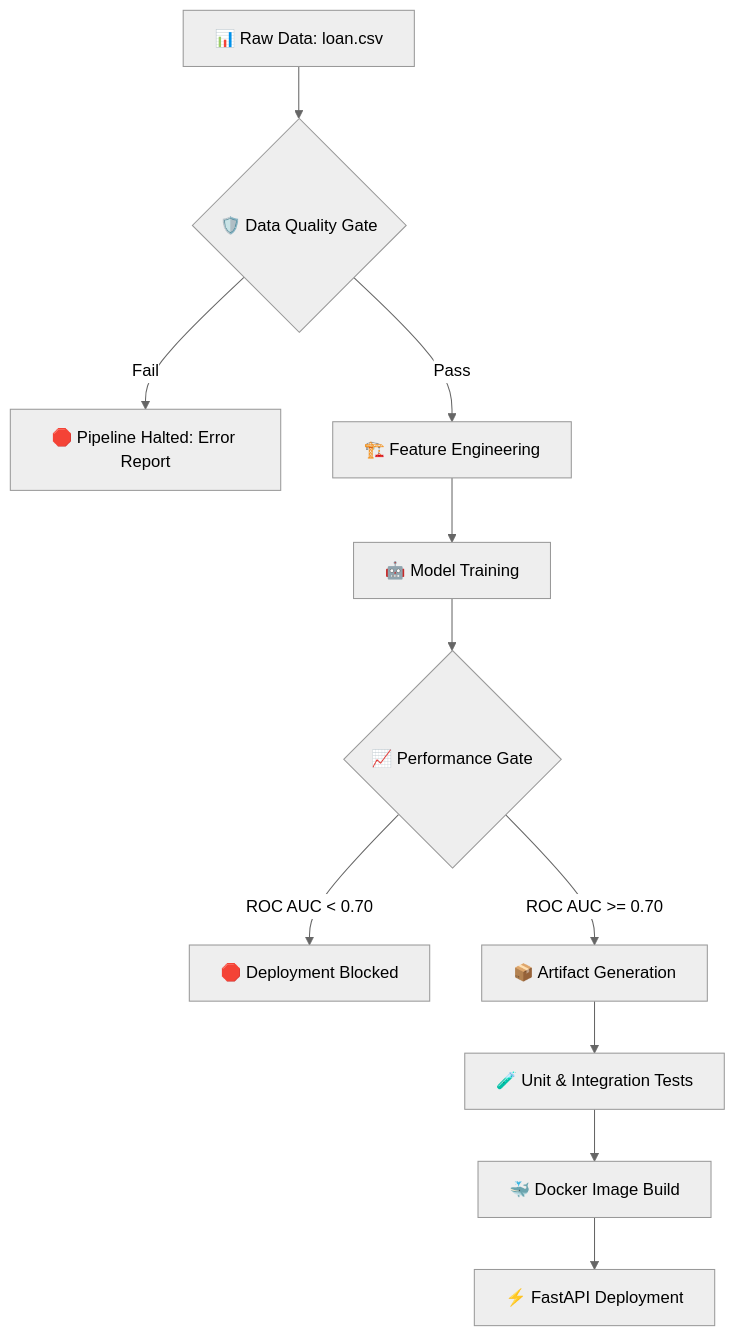
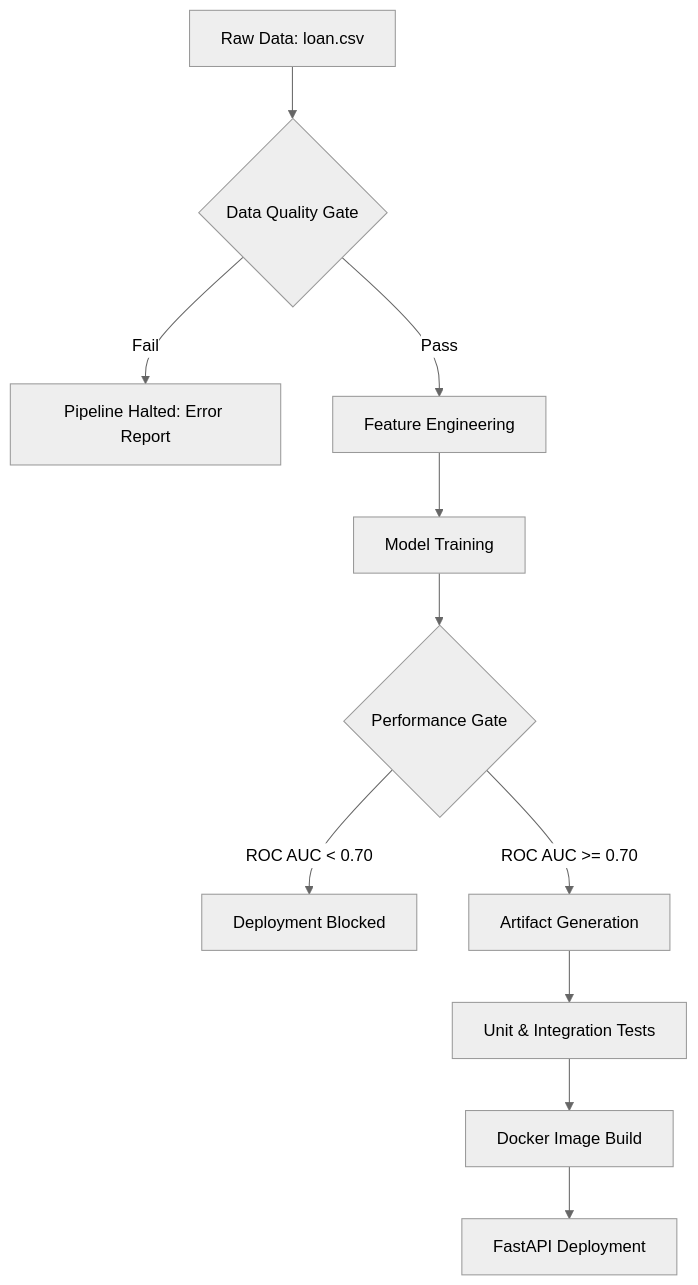
Before and after one commit to PritamSanagapalli/RISKLOCK: the diagram in README.md, drawn with Mermaid (neutral theme). The commit also changed other lines of this file, not shown here.

````diff
--- a/README.md
+++ b/README.md
@@ -31,13 +31,13 @@
 ```mermaid
 graph TD
-    A[📊 Raw Data: loan.csv] --> B{🛡️ Data Quality Gate}
-    B -- Fail --> C[🛑 Pipeline Halted: Error Report]
-    B -- Pass --> D[🏗️ Feature Engineering]
-    D --> E[🤖 Model Training]
-    E --> F{📈 Performance Gate}
-    F -- ROC AUC < 0.70 --> G[🛑 Deployment Blocked]
-    F -- ROC AUC >= 0.70 --> H[📦 Artifact Generation]
-    H --> I[🧪 Unit & Integration Tests]
-    I --> J[🐳 Docker Image Build]
-    J --> K[⚡ FastAPI Deployment]
+    A[ Raw Data: loan.csv] --> B{Data Quality Gate}
+    B -- Fail --> C[Pipeline Halted: Error Report]
+    B -- Pass --> D[ Feature Engineering]
+    D --> E[Model Training]
+    E --> F{Performance Gate}
+    F -- ROC AUC < 0.70 --> G[Deployment Blocked]
+    F -- ROC AUC >= 0.70 --> H[Artifact Generation]
+    H --> I[Unit & Integration Tests]
+    I --> J[Docker Image Build]
+    J --> K[FastAPI Deployment]
 ```
````
